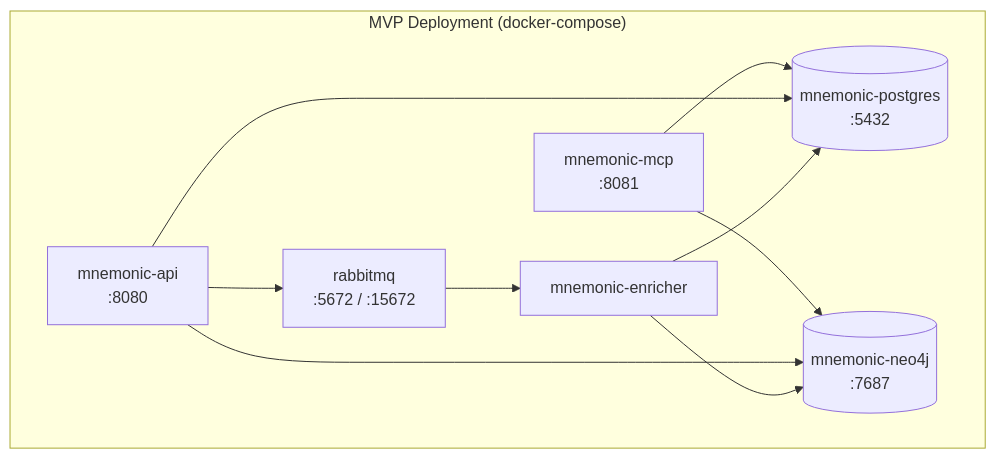
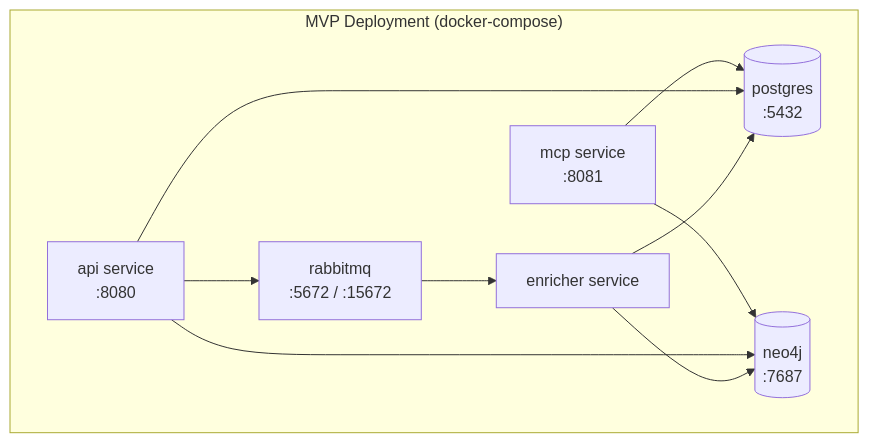
One commit to twistingmercury/mnemonic changed the fourth of 5 diagrams in docs/design/architecture/system/06-deployment-architecture.md. Above: the diagram before and after it, drawn with Mermaid. The commit also changed other lines of this file and 35 other files, not shown here.

````diff
--- a/docs/design/architecture/system/06-deployment-architecture.md
+++ b/docs/design/architecture/system/06-deployment-architecture.md
@@ -248,20 +247,20 @@
 ```mermaid
 graph TB
     subgraph "MVP Deployment (docker-compose)"
-        MCP[mnemonic-mcp<br/>:8081]
-        API[mnemonic-api<br/>:8080]
-        ENRICHER[mnemonic-enricher]
+        MCP[mcp service<br/>:8081]
+        API[api service<br/>:8080]
+        ENRICHER[enricher service]
         RMQ[rabbitmq<br/>:5672 / :15672]
-        PG[(mnemonic-postgres<br/>:5432)]
-        NEO[(mnemonic-neo4j<br/>:7687)]
+        PG[(postgres<br/>:5432)]
+        NEO[(neo4j<br/>:7687)]
     end
 
     MCP --> PG
     MCP --> NEO
     API --> PG
     API --> NEO
     API --> RMQ
     RMQ --> ENRICHER
     ENRICHER --> PG
     ENRICHER --> NEO
 ```
````
